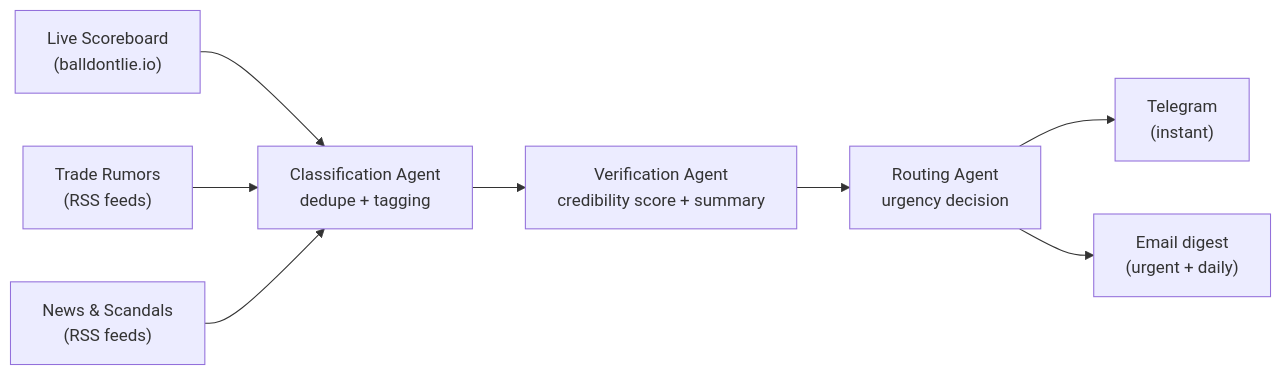
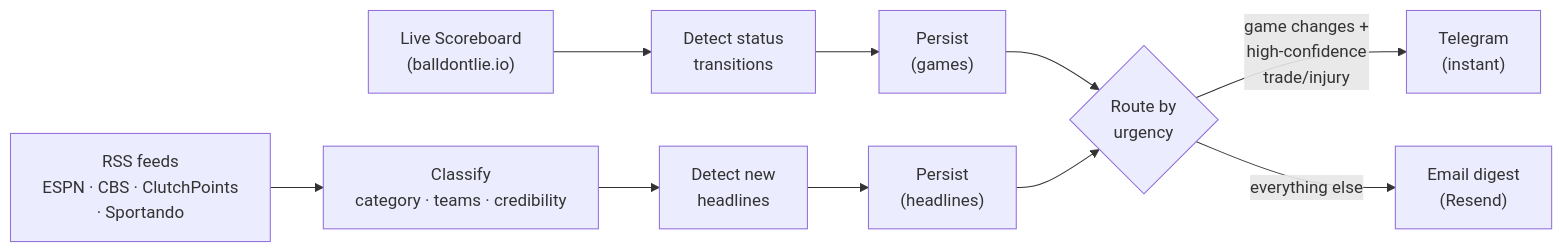
Before and after one commit to stevkouakam/Agent-IA-veille-nba: the diagram in README.md, drawn with Mermaid. The commit also changed other lines of this file and 2 other files, not shown here.

Commit message:
docs: update architecture diagram and bump to v1.0.0

````diff
--- a/README.md
+++ b/README.md
@@ -22,10 +22,14 @@
 ```mermaid
 flowchart LR
-    A["Live Scoreboard<br/>(balldontlie.io)"] --> D["Classification Agent<br/>dedupe + tagging"]
-    B["Trade Rumors<br/>(RSS feeds)"] --> D
-    C["News & Scandals<br/>(RSS feeds)"] --> D
-    D --> E["Verification Agent<br/>credibility score + summary"]
-    E --> F["Routing Agent<br/>urgency decision"]
-    F --> G["Telegram<br/>(instant)"]
-    F --> H["Email digest<br/>(urgent + daily)"]
+    A["Live Scoreboard<br/>(balldontlie.io)"] --> B["Detect status<br/>transitions"]
+    B --> P1["Persist<br/>(games)"]
+
+    C["RSS feeds<br/>ESPN · CBS · ClutchPoints<br/>· Sportando"] --> D["Classify<br/>category · teams · credibility"]
+    D --> E["Detect new<br/>headlines"]
+    E --> P2["Persist<br/>(headlines)"]
+
+    P1 --> R{"Route by<br/>urgency"}
+    P2 --> R
+    R -->|"game changes +<br/>high-confidence<br/>trade/injury"| T["Telegram<br/>(instant)"]
+    R -->|"everything else"| M["Email digest<br/>(Resend)"]
 ```
````
